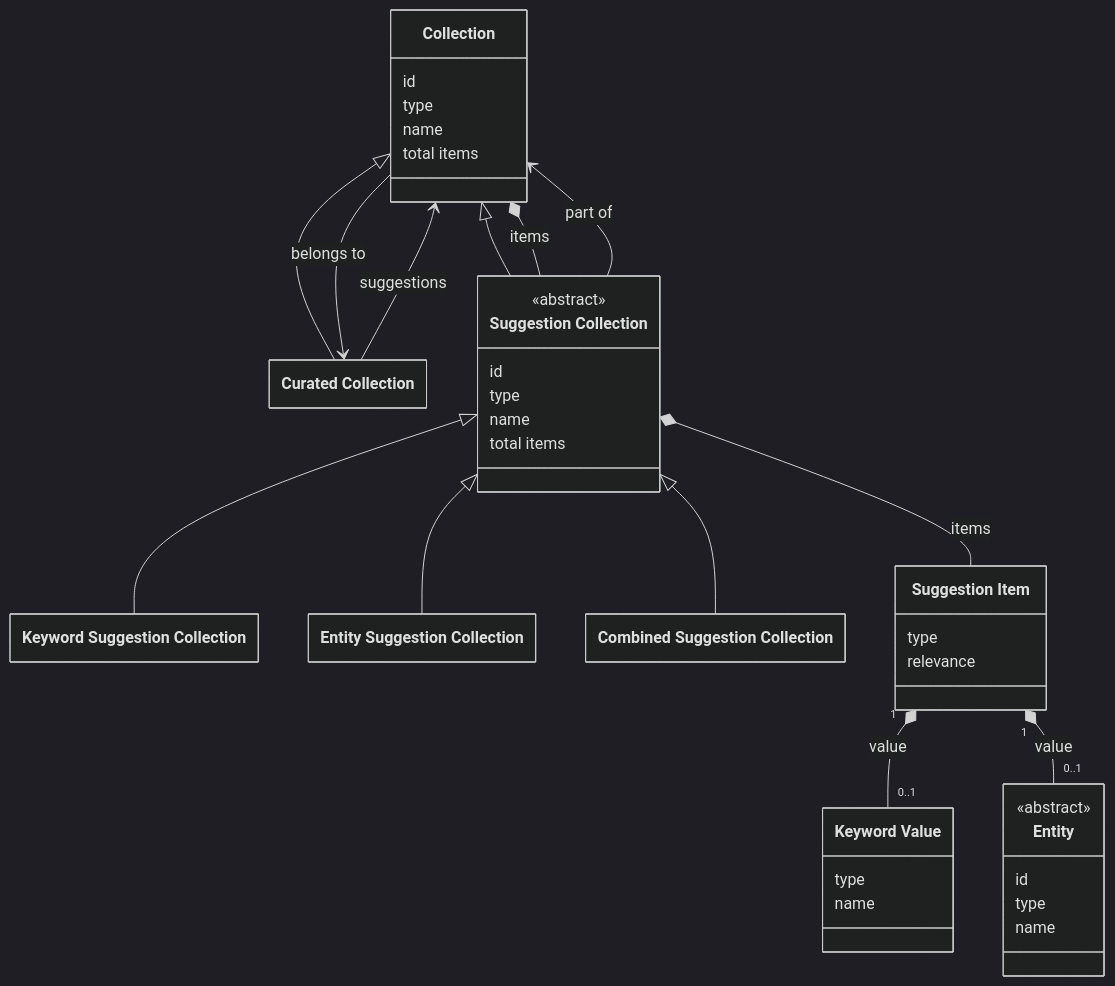
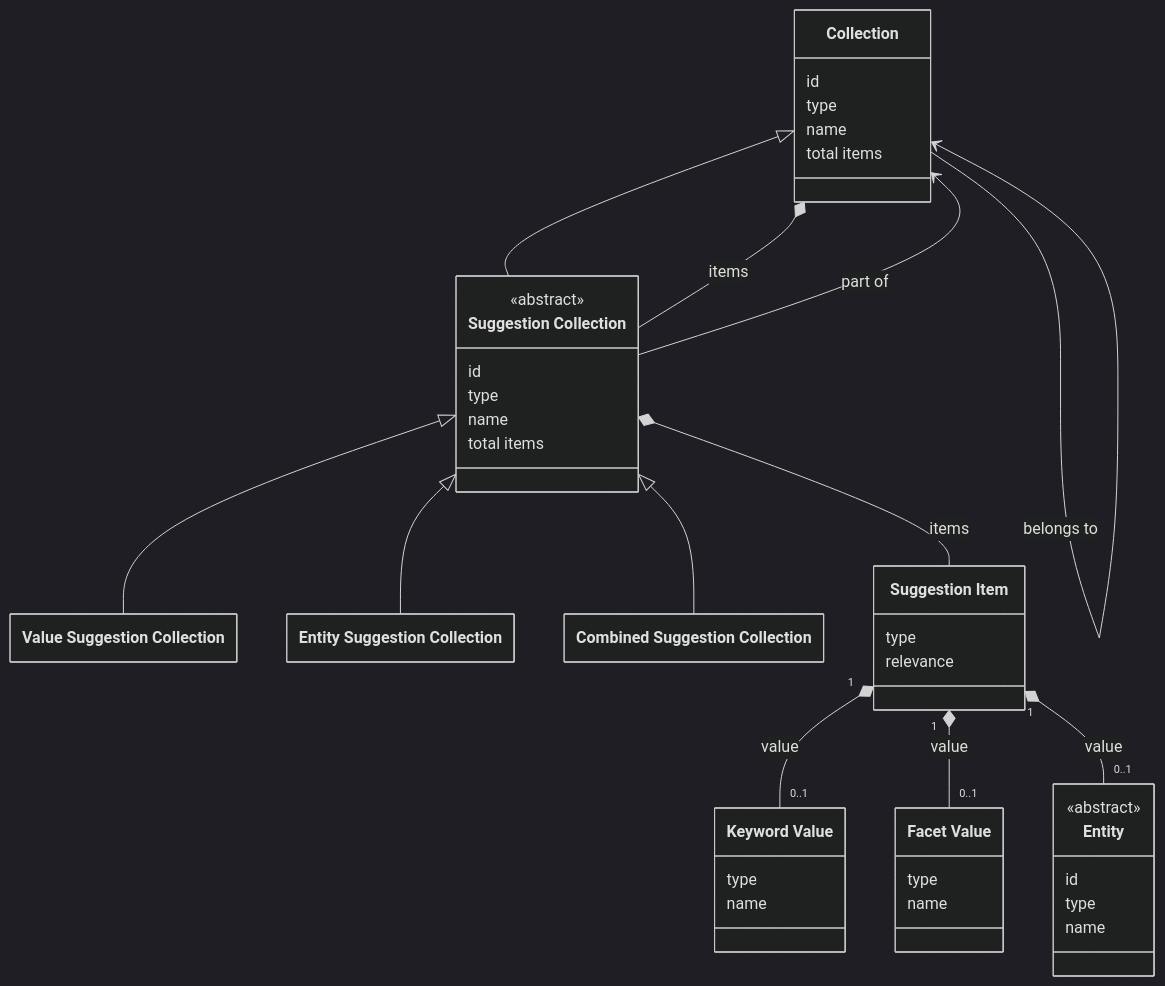
One commit to netwerk-digitaal-erfgoed/netwerk-digitaal-erfgoed.github.io changed the diagram in docs/requirements/data-layer-api/rest/suggestions.md. Above: the diagram before and after it, drawn with Mermaid (dark theme). The commit also changed other lines of this file and 4 other files, not shown here.

````diff
--- a/docs/requirements/data-layer-api/rest/suggestions.md
+++ b/docs/requirements/data-layer-api/rest/suggestions.md
@@ -31,59 +32,62 @@
 ```mermaid
 ---
   config:
     class:
       hideEmptyMembersBox: true
 ---
 classDiagram
 
 class Collection["Collection"] {
   id
   type
   name
   total items
 }
 
-class CuratedCollection["Curated Collection"]
-
 class SuggestionCollection["Suggestion Collection"] {
   <<abstract>>
   id
   type
   name
   total items
 }
 
-class KeywordSuggestionCollection["Keyword Suggestion Collection"]
+class ValueSuggestionCollection["Value Suggestion Collection"]
 class EntitySuggestionCollection["Entity Suggestion Collection"]
 class CombinedSuggestionCollection["Combined Suggestion Collection"]
 
 class SuggestionItem["Suggestion Item"] {
   type
   relevance
 }
 
 class KeywordValue["Keyword Value"] {
   type
   name
 }
 
+class FacetValue["Facet Value"] {
+  type
+  name
+}
+
 class Entity {
   <<abstract>>
   id
   type
   name
 }
 
-Collection <|-- CuratedCollection
 Collection <|-- SuggestionCollection
-CuratedCollection --> Collection : suggestions
-Collection --> CuratedCollection : belongs to
+Collection --> Collection : suggestions
+Collection --> Collection : belongs to
 Collection *-- SuggestionCollection : items
 SuggestionCollection --> Collection : part of
-SuggestionCollection <|-- KeywordSuggestionCollection
+SuggestionCollection <|-- ValueSuggestionCollection
 SuggestionCollection <|-- EntitySuggestionCollection
 SuggestionCollection <|-- CombinedSuggestionCollection
 SuggestionCollection *-- SuggestionItem : items
 SuggestionItem "1" *-- "0..1" KeywordValue : value
+SuggestionItem "1" *-- "0..1" FacetValue : value
 SuggestionItem "1" *-- "0..1" Entity  : value
 ```
````
